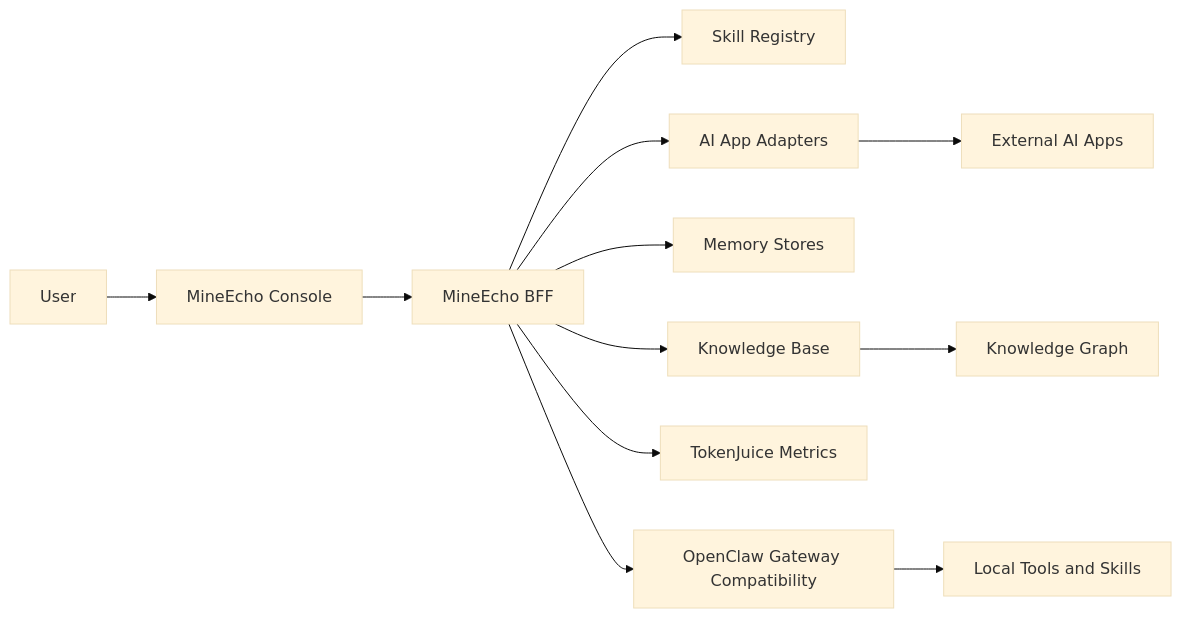
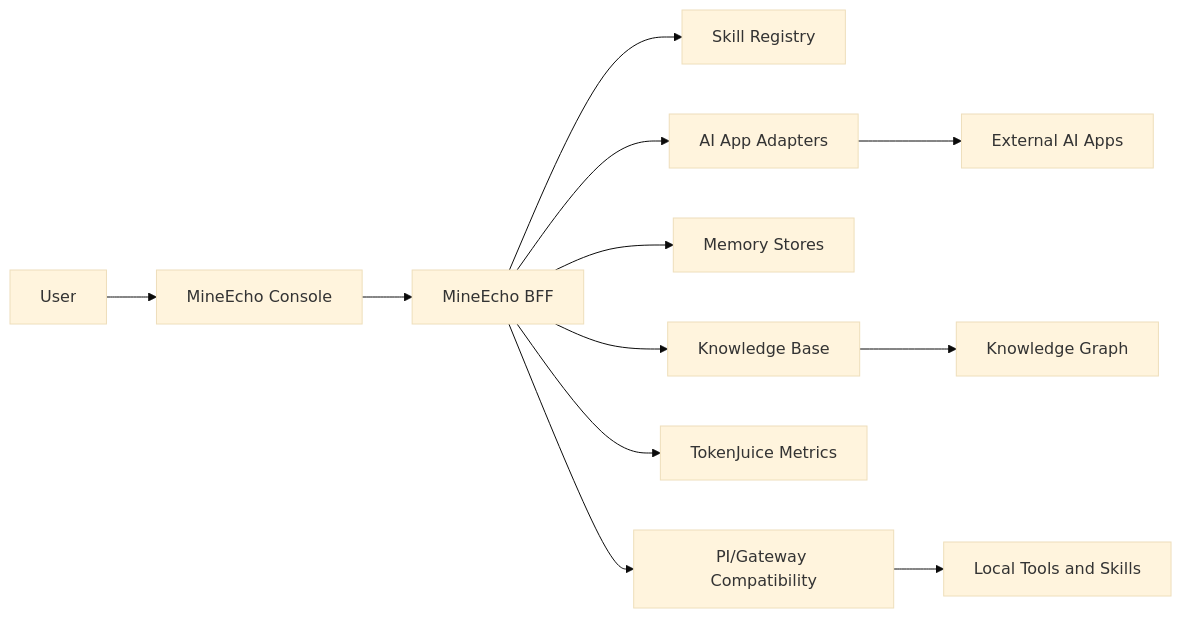
One commit to Health-Yang/MineEcho changed the diagram in docs/architecture.md. Above: the diagram before and after it, drawn with Mermaid (base theme). The commit also changed other lines of this file and 6 other files, not shown here.

````diff
--- a/docs/architecture.md
+++ b/docs/architecture.md
@@ -7,14 +7,14 @@
 ```mermaid
 flowchart LR
   User[User] --> Console[MineEcho Console]
   Console --> BFF[MineEcho BFF]
   BFF --> Skills[Skill Registry]
   BFF --> Apps[AI App Adapters]
   BFF --> Memory[Memory Stores]
   BFF --> KB[Knowledge Base]
   BFF --> Metrics[TokenJuice Metrics]
-  BFF --> Gateway[OpenClaw Gateway Compatibility]
+  BFF --> Gateway[PI/Gateway Compatibility]
   Gateway --> Tools[Local Tools and Skills]
   Apps --> Providers[External AI Apps]
   KB --> Graph[Knowledge Graph]
 ```
````
